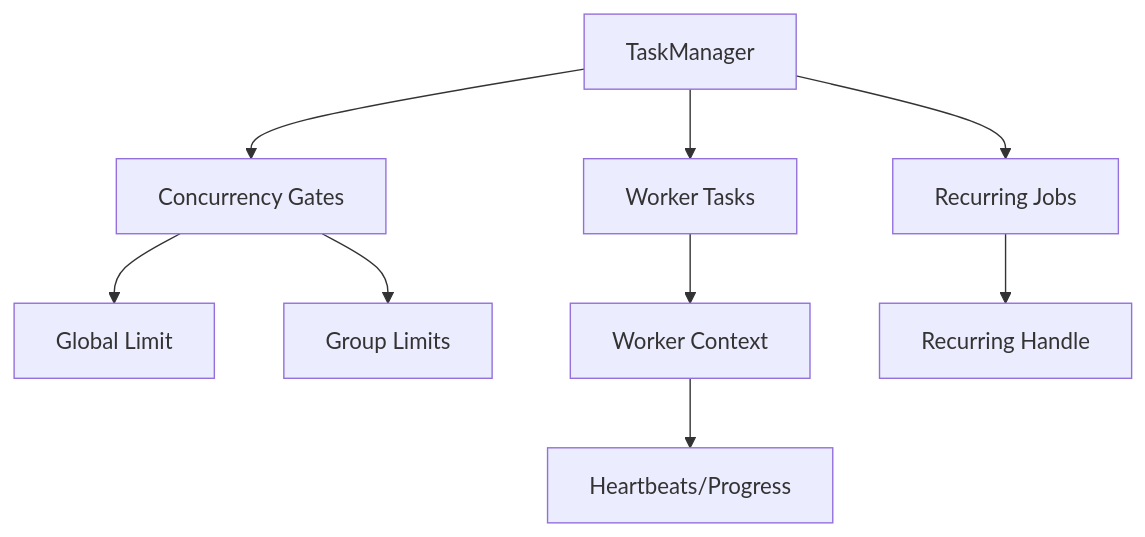
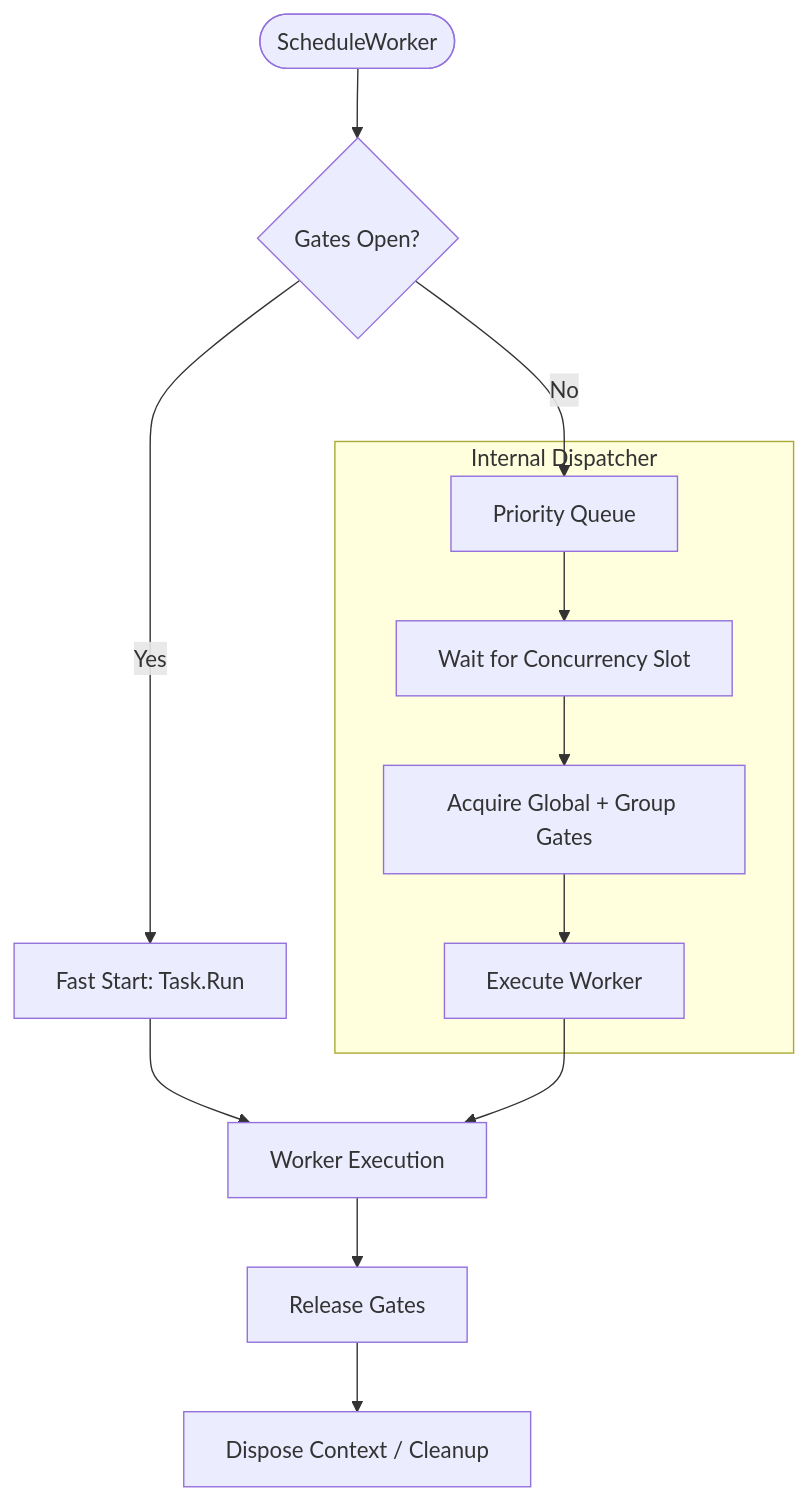
Before and after one commit to ppn-systems/Nalix: the diagram in docs/api/framework/runtime/task-manager.md, drawn with Mermaid. The commit also changed other lines of this file and 200 other files, not shown here.

````diff
--- a/docs/api/framework/runtime/task-manager.md
+++ b/docs/api/framework/runtime/task-manager.md
@@ -17,11 +9,19 @@
 ```mermaid
-graph TD
-    A[TaskManager] --> B[Worker Tasks]
-    A --> C[Recurring Jobs]
-    A --> D[Concurrency Gates]
-    D --> E[Global Limit]
-    D --> F[Group Limits]
-    B --> G[Worker Context]
-    G --> H[Heartbeats/Progress]
-    C --> I[Recurring Handle]
+flowchart TD
+    Start([ScheduleWorker]) --> Gates{Gates Open?}
+    
+    Gates -->|Yes| Fast[Fast Start: Task.Run]
+    Gates -->|No| Queue[Priority Queue]
+    
+    subgraph DispatchLoop[Internal Dispatcher]
+        Queue --> Wait[Wait for Concurrency Slot]
+        Wait --> Acquire[Acquire Global + Group Gates]
+        Acquire --> Run[Execute Worker]
+    end
+    
+    Fast --> Execute
+    Run --> Execute[Worker Execution]
+    
+    Execute --> Release[Release Gates]
+    Release --> Cleanup[Dispose Context / Cleanup]
 ```
````
